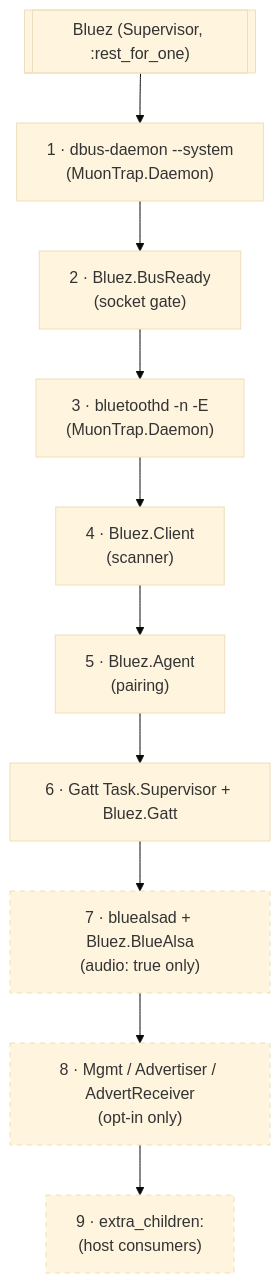
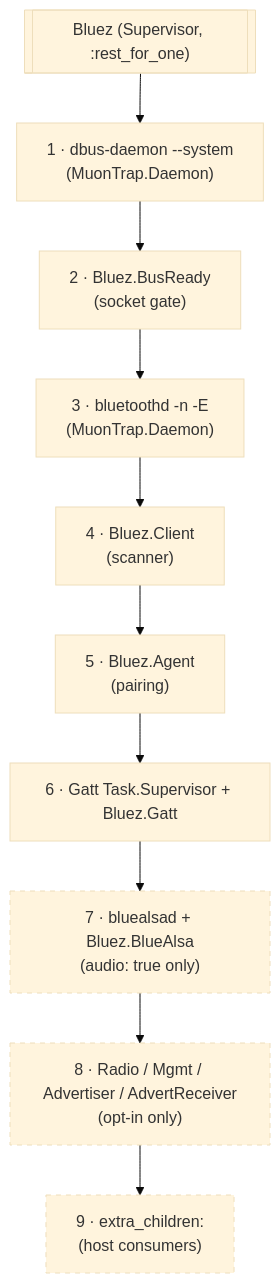
One commit to bbangert/bluez changed the first of 3 diagrams in guides/architecture.md. Above: the diagram before and after it, drawn with Mermaid (base theme). The commit also changed other lines of this file and 12 other files, not shown here.

````diff
--- a/guides/architecture.md
+++ b/guides/architecture.md
@@ -16,17 +16,17 @@
 ```mermaid
 flowchart TB
     sup[["Bluez (Supervisor, :rest_for_one)"]]
     sup --> dbus["1 · dbus-daemon --system<br/>(MuonTrap.Daemon)"]
     dbus --> gate["2 · Bluez.BusReady<br/>(socket gate)"]
     gate --> btd["3 · bluetoothd -n -E<br/>(MuonTrap.Daemon)"]
     btd --> client["4 · Bluez.Client<br/>(scanner)"]
     client --> agent["5 · Bluez.Agent<br/>(pairing)"]
     agent --> gatt["6 · Gatt Task.Supervisor + Bluez.Gatt"]
     gatt --> alsa["7 · bluealsad + Bluez.BlueAlsa<br/>(audio: true only)"]
-    alsa --> radio["8 · Mgmt / Advertiser / AdvertReceiver<br/>(opt-in only)"]
+    alsa --> radio["8 · Radio / Mgmt / Advertiser / AdvertReceiver<br/>(opt-in only)"]
     radio --> extra["9 · extra_children:<br/>(host consumers)"]
 
     style alsa stroke-dasharray: 5 5
     style radio stroke-dasharray: 5 5
     style extra stroke-dasharray: 5 5
 ```
````
